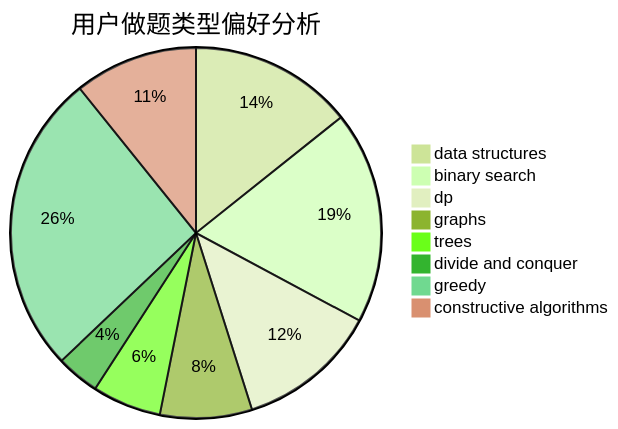
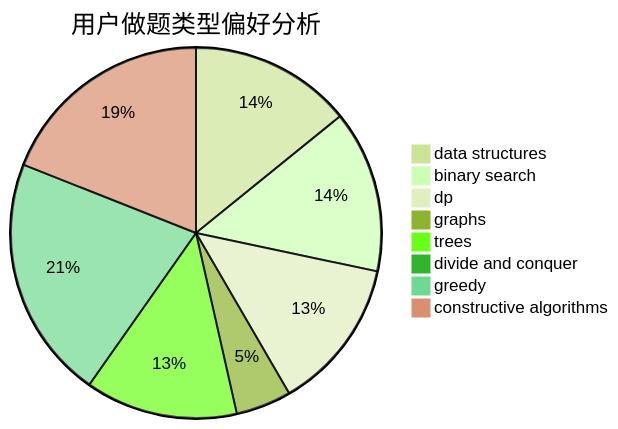
The second of 3 diagrams in docs/user/u1526.md (sherpahu/cfrs.github.io), drawn with Mermaid (forest theme) before and after one commit. The commit also changed other lines of this file and 2770 other files, not shown here.

````diff
--- a/docs/user/u1526.md
+++ b/docs/user/u1526.md
@@ -23,11 +23,11 @@
 ```mermaid
 pie title 用户做题类型偏好分析
-    "data structures" :  57
-    "binary search" :  74
-    "dp" :  49
-    "graphs" :  32
-    "trees" :  24
-    "divide and conquer" :  15
-    "greedy" :  105
-    "constructive algorithms" :  43
+    "data structures" :  82
+    "binary search" :  82
+    "dp" :  77
+    "graphs" :  28
+    "trees" :  77
+    "divide and conquer" :  1
+    "greedy" :  123
+    "constructive algorithms" :  110
 ```
````
